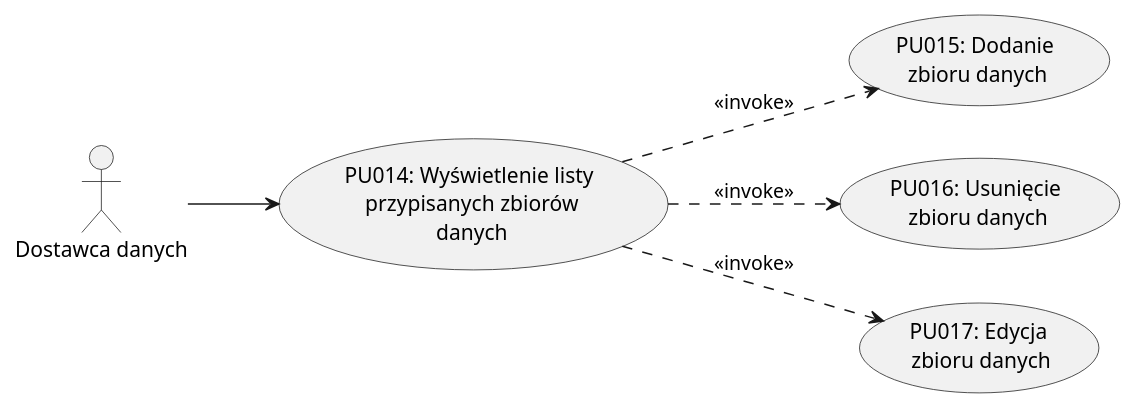
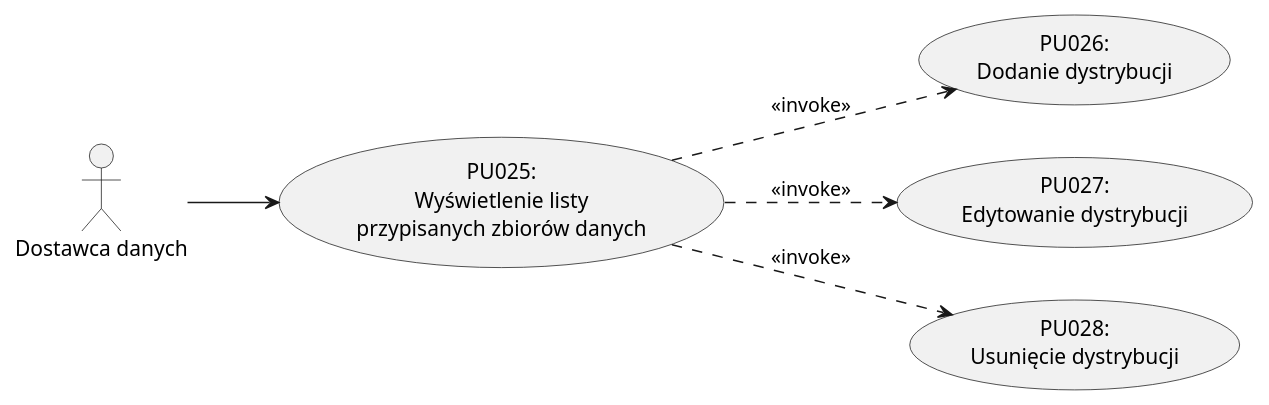
Before and after one commit to kokolodziejska/IWO: the tenth of 13 diagrams in dokumentacja.md, drawn with PlantUML. The commit also changed other lines of this file and 2 other files, not shown here.

````diff
--- a/dokumentacja.md
+++ b/dokumentacja.md
@@ -1384,18 +1412,19 @@
   ```puml
   @startuml DostawcaDanych
   left to right direction
 
   actor "Dostawca danych" as Provider
 
-  usecase "PU014: Wyświetlenie listy\n przypisanych zbiorów\n danych" as UC1
-  usecase "PU015: Dodanie\n zbioru danych" as UC2
-  usecase "PU016: Usunięcie\n zbioru danych" as UC3
-  usecase "PU017: Edycja\n zbioru danych" as UC4
+  usecase "PU025:\nWyświetlenie listy\nprzypisanych zbiorów danych" as PU025
+  usecase "PU026:\nDodanie dystrybucji" as PU026
+  usecase "PU027:\nEdytowanie dystrybucji" as PU027
+  usecase "PU028:\nUsunięcie dystrybucji" as PU028
 
-  Provider --> UC1
-  UC1 ..> UC2 : <<invoke>>
-  UC1 ..> UC3 : <<invoke>>
-  UC1 ..> UC4 : <<invoke>>
+  Provider --> PU025
+
+  PU025 ..> PU026 : <<invoke>>
+  PU025 ..> PU027 : <<invoke>>
+  PU025 ..> PU028 : <<invoke>>
 
   @enduml
   ```
````
